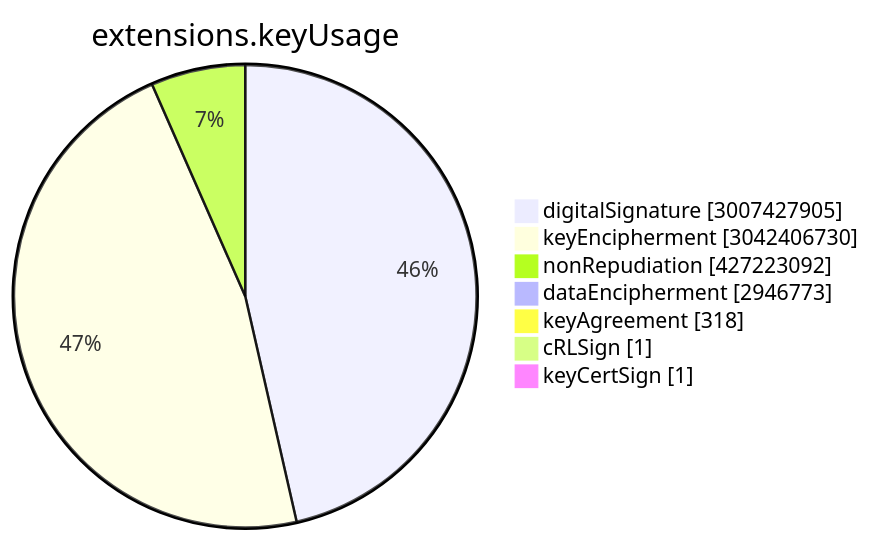
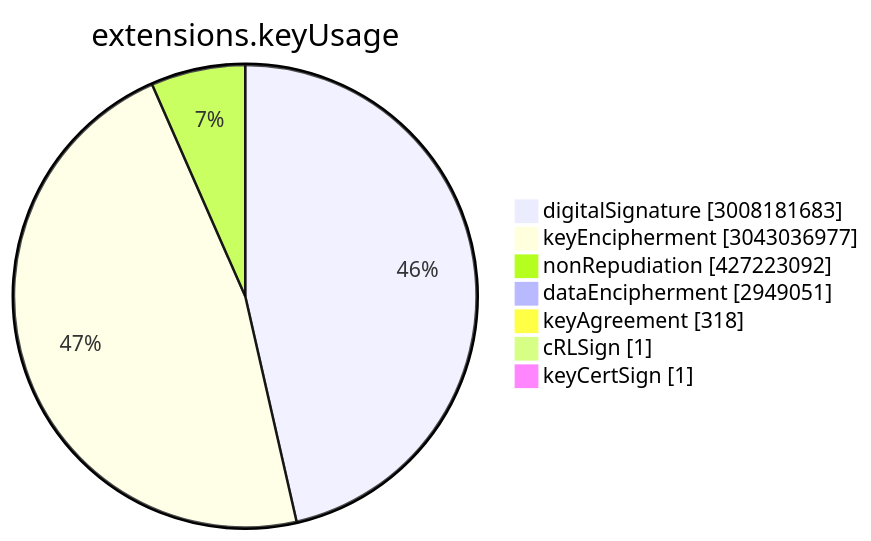
The sixth of 15 diagrams in TOTAL/README.md (christiankrug/ctmonitor_visualization), drawn with Mermaid before and after one commit. The commit also changed other lines of this file, not shown here.

````diff
--- a/TOTAL/README.md
+++ b/TOTAL/README.md
@@ -3074,11 +3074,11 @@
 ```mermaid
 pie showData
 title extensions.keyUsage
-"digitalSignature" :3007427905
-"keyEncipherment" :3042406730
+"digitalSignature" :3008181683
+"keyEncipherment" :3043036977
 "nonRepudiation" :427223092
-"dataEncipherment" :2946773
+"dataEncipherment" :2949051
 "keyAgreement" :318
 "cRLSign" :1
 "keyCertSign" :1
 ```
````
